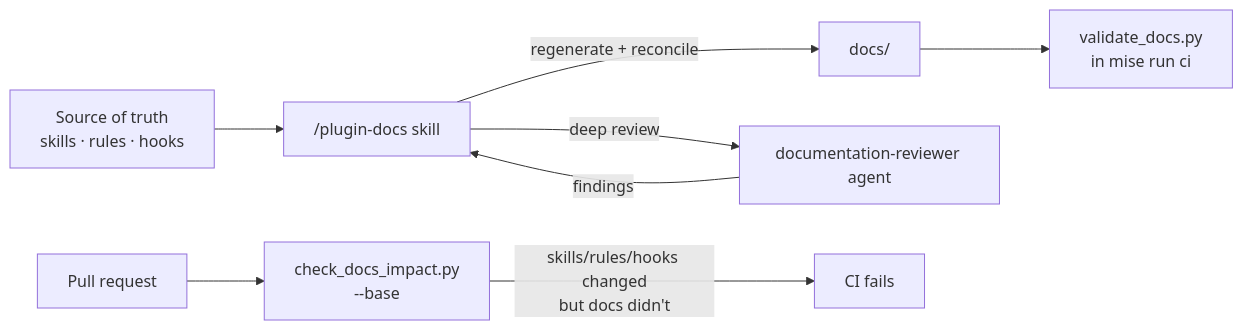
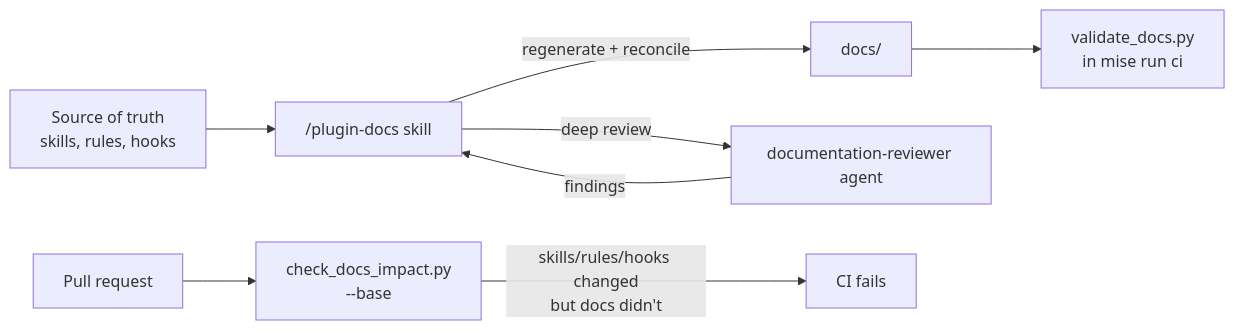
The diagram in docs/contributing/documentation.md (element22llc/e22-plugins), drawn with Mermaid before and after one commit. The commit also changed 149 other files, not shown here.

````diff
--- a/docs/contributing/documentation.md
+++ b/docs/contributing/documentation.md
@@ -20,10 +20,10 @@
 ```mermaid
 flowchart LR
-    SRC["Source of truth<br/>skills · rules · hooks"] --> SKILL["/plugin-docs skill"]
+    SRC["Source of truth<br/>skills, rules, hooks"] --> SKILL["/plugin-docs skill"]
     SKILL -->|regenerate + reconcile| DOCS[docs/]
     SKILL -->|deep review| AGENT[documentation-reviewer agent]
     AGENT -->|findings| SKILL
     DOCS --> CHECK[validate_docs.py<br/>in mise run ci]
     PR[Pull request] --> IMPACT[check_docs_impact.py<br/>--base]
     IMPACT -->|skills/rules/hooks changed<br/>but docs didn't| FAIL[CI fails]
 ```
````
